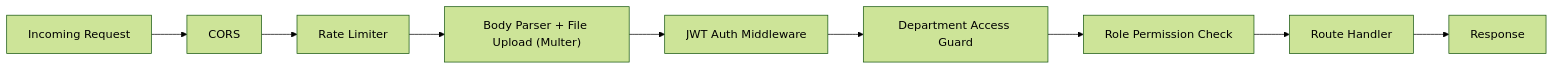
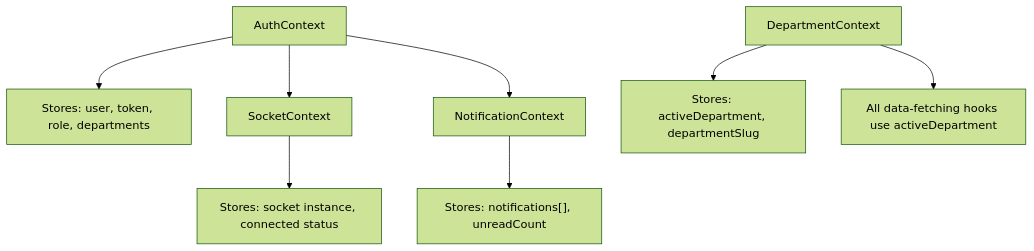
The fourth of 8 diagrams in implementation_plan.md (Sydonverse/Nexus), drawn with Mermaid (forest theme) before and after one commit. The commit also changed other lines of this file and 1 other file, not shown here.

````diff
--- a/implementation_plan.md
+++ b/implementation_plan.md
@@ -397,11 +696,11 @@
 ```mermaid
-graph LR
-    REQ["Incoming Request"] --> CORS["CORS"]
-    CORS --> RATE["Rate Limiter"]
-    RATE --> PARSE["Body Parser + File Upload (Multer)"]
-    PARSE --> AUTH["JWT Auth Middleware"]
-    AUTH --> DEPT["Department Access Guard"]
-    DEPT --> ROLE["Role Permission Check"]
-    ROLE --> HANDLER["Route Handler"]
-    HANDLER --> RES["Response"]
+graph TD
+    A["AuthContext"] --> B["Stores: user, token, role, departments"]
+    C["SocketContext"] --> D["Stores: socket instance, connected status"]
+    E["NotificationContext"] --> F["Stores: notifications[], unreadCount"]
+    G["DepartmentContext"] --> H["Stores: activeDepartment, departmentSlug"]
+    
+    A --> C
+    A --> E
+    G --> I["All data-fetching hooks use activeDepartment"]
 ```
````
